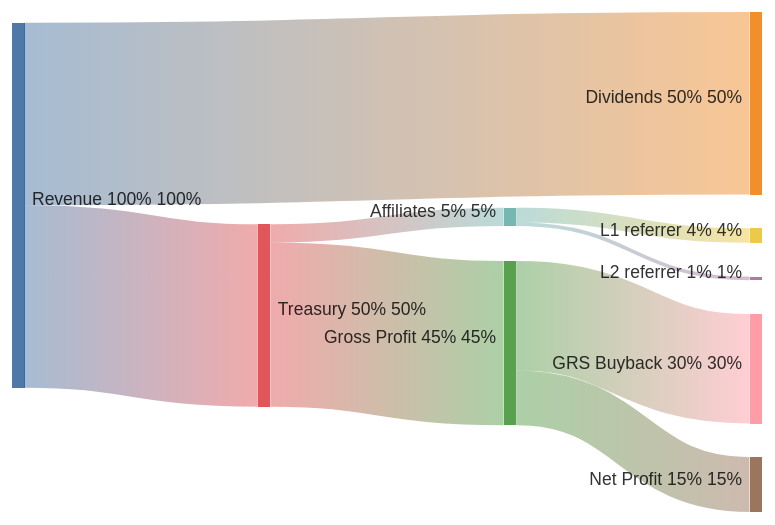
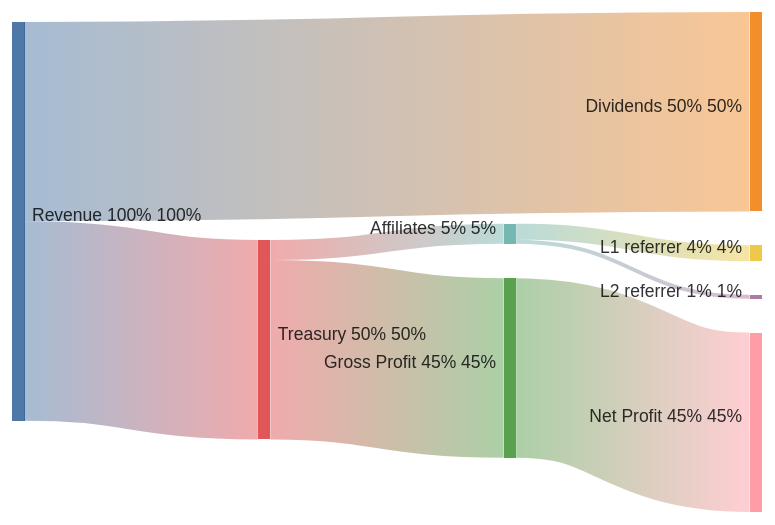
Before and after one commit to grindurus/grindurus-docs: the diagram in general/overview.md, drawn with Mermaid. The commit also changed other lines of this file and 27 other files, not shown here.

````diff
--- a/general/overview.md
+++ b/general/overview.md
@@ -128,19 +115,18 @@
 ```mermaid
 ---
 config:
   sankey:
     showValues: true
     linkColor: gradient
     suffix: "%"
 ---
 sankey-beta
 
 Revenue 100%,Dividends 50%,50
 Revenue 100%,Treasury 50%,50
 Treasury 50%,Affiliates 5%,5
 Treasury 50%,Gross Profit 45%,45
 Affiliates 5%,L1 referrer 4%,4
 Affiliates 5%,L2 referrer 1%,1
-Gross Profit 45%,GRS Buyback 30%,30
-Gross Profit 45%,Net Profit 15%,15
+Gross Profit 45%,Net Profit 45%,45
 ```
````
